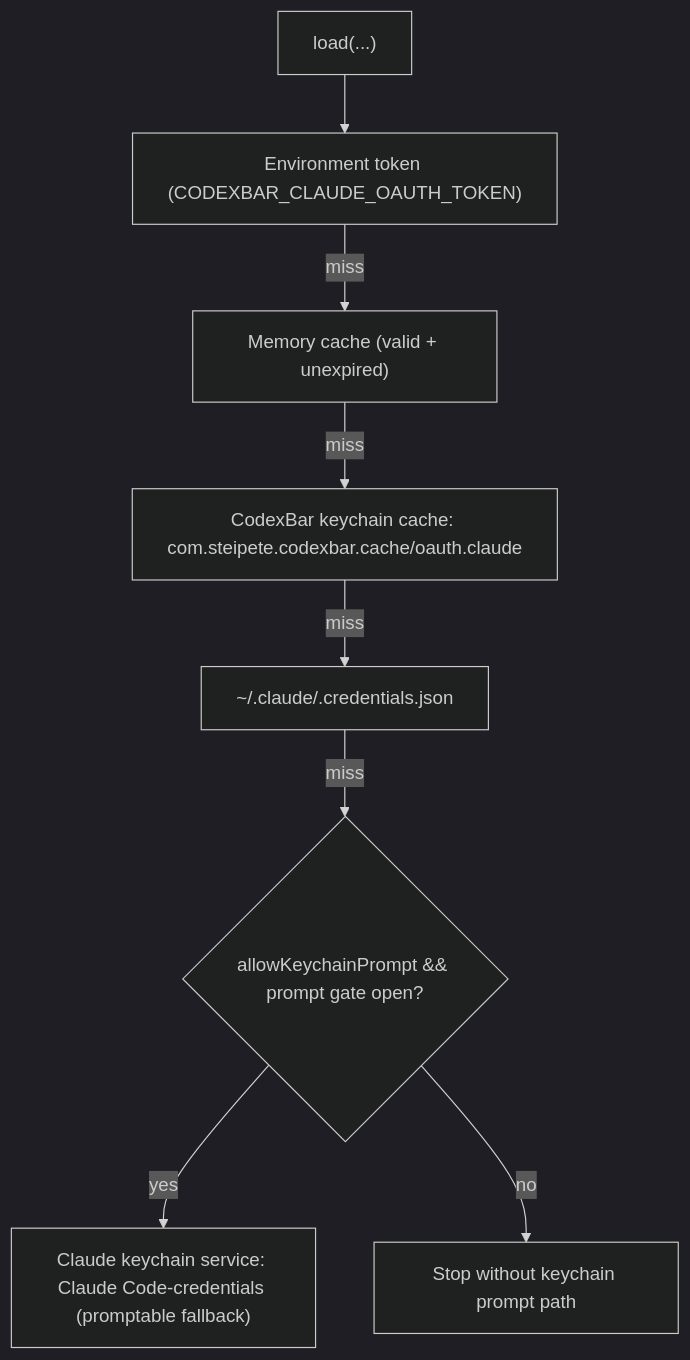
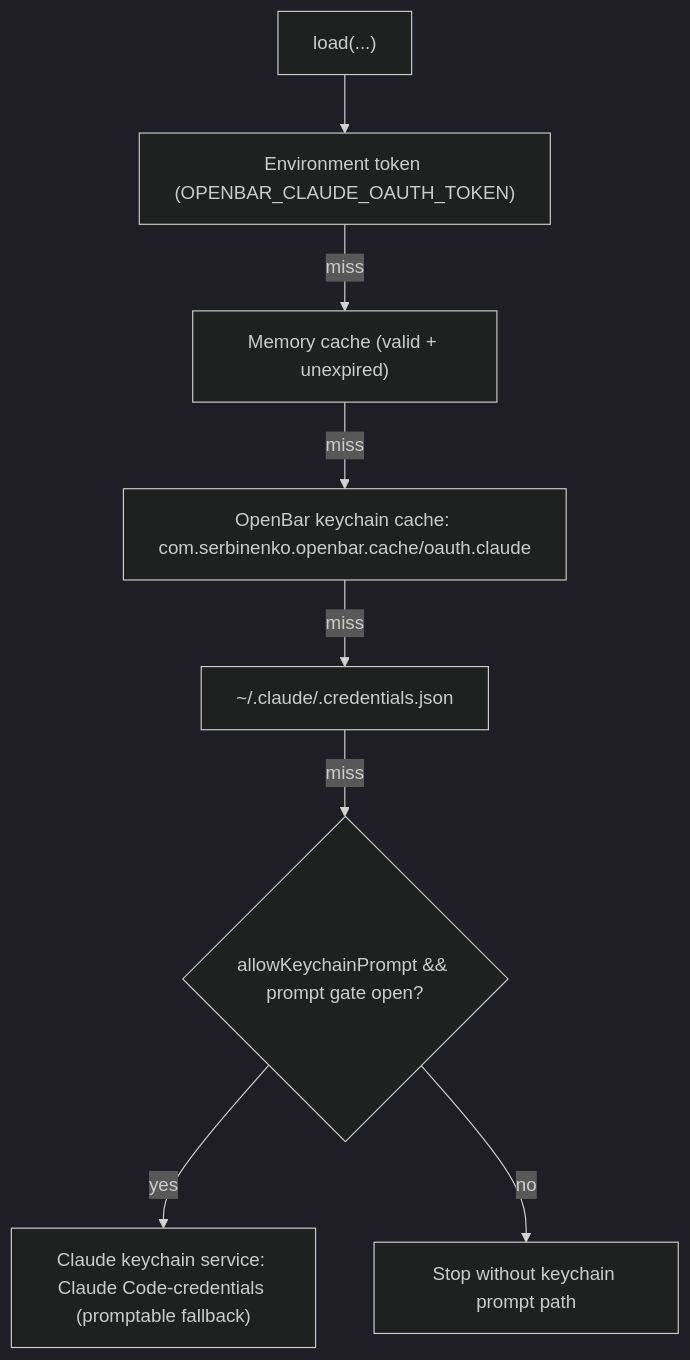
The third of 10 diagrams in docs/claude-comparison-since-0.18.0beta2.md (SergeSerb2/OpenBar), drawn with Mermaid (dark theme) before and after one commit. The commit also changed other lines of this file and 6547 other files, not shown here.

First line of the commit message:
Rename CodexBar to OpenBar

````diff
--- a/docs/claude-comparison-since-0.18.0beta2.md
+++ b/docs/claude-comparison-since-0.18.0beta2.md
@@ -81,10 +81,10 @@
 ```mermaid
 flowchart TD
-    A["load(...)"] --> B["Environment token (CODEXBAR_CLAUDE_OAUTH_TOKEN)"]
+    A["load(...)"] --> B["Environment token (OPENBAR_CLAUDE_OAUTH_TOKEN)"]
     B -->|miss| C["Memory cache (valid + unexpired)"]
-    C -->|miss| D["CodexBar keychain cache: com.steipete.codexbar.cache/oauth.claude"]
+    C -->|miss| D["OpenBar keychain cache: com.serbinenko.openbar.cache/oauth.claude"]
     D -->|miss| E["~/.claude/.credentials.json"]
     E -->|miss| F{"allowKeychainPrompt && prompt gate open?"}
     F -- "yes" --> G["Claude keychain service: Claude Code-credentials (promptable fallback)"]
     F -- "no" --> H["Stop without keychain prompt path"]
 ```
````
